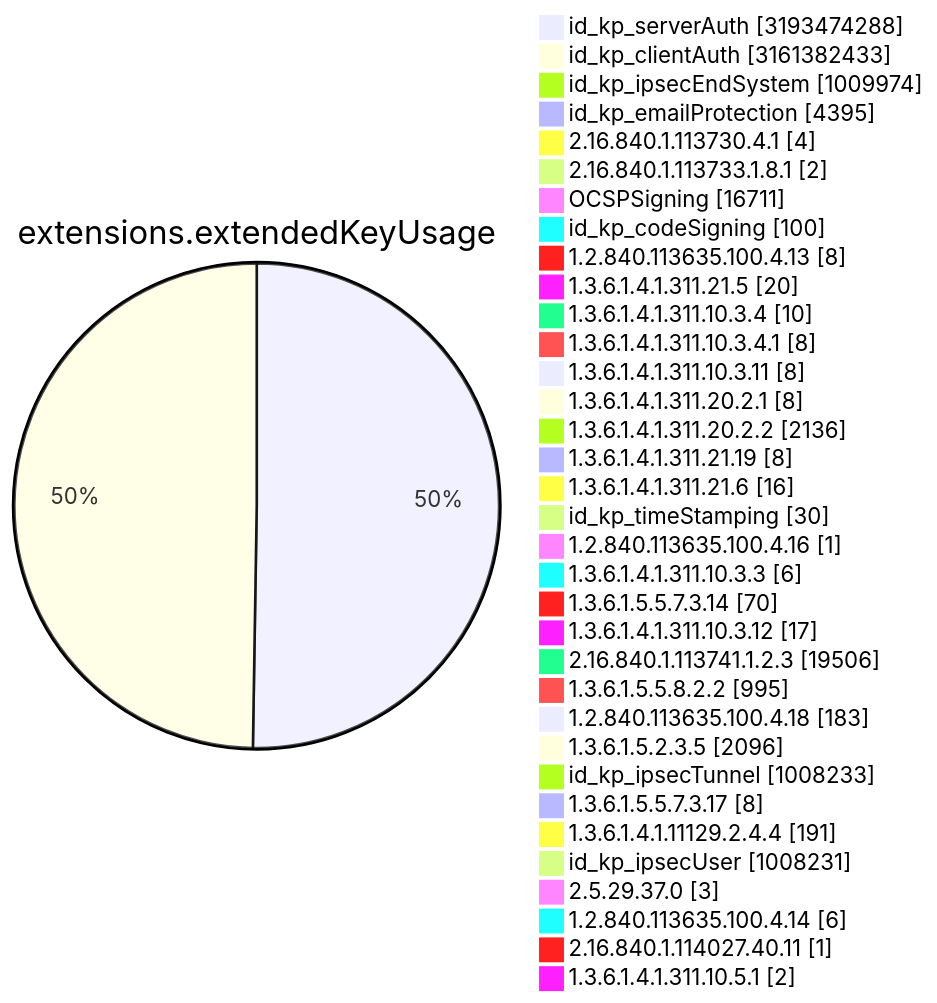
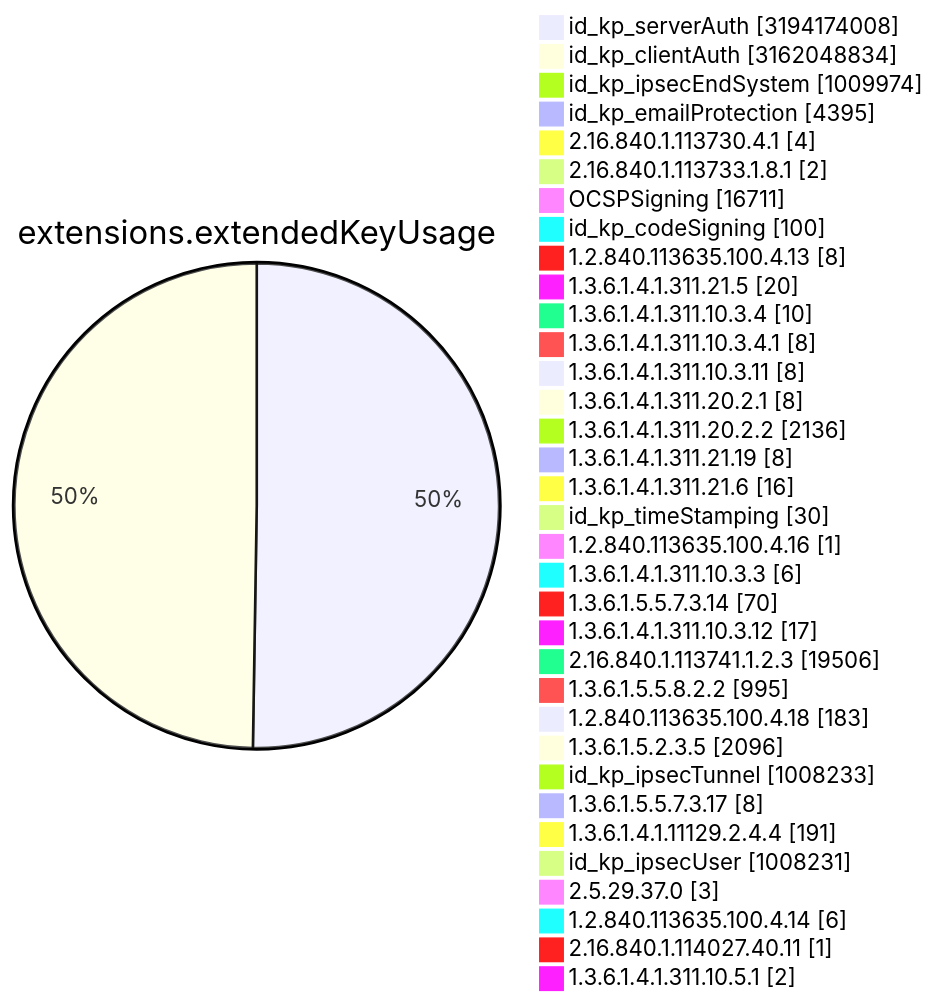
Diagram 11 of 15 in TOTAL/README.md (christiankrug/ctmonitor_visualization), drawn with Mermaid before and after one commit. The commit also changed other lines of this file, not shown here.

````diff
--- a/TOTAL/README.md
+++ b/TOTAL/README.md
@@ -4119,38 +4119,38 @@
 ```mermaid
 pie showData
 title extensions.extendedKeyUsage
-"id_kp_serverAuth" :3193474288
-"id_kp_clientAuth" :3161382433
+"id_kp_serverAuth" :3194174008
+"id_kp_clientAuth" :3162048834
 "id_kp_ipsecEndSystem" :1009974
 "id_kp_emailProtection" :4395
 "2.16.840.1.113730.4.1" :4
 "2.16.840.1.113733.1.8.1" :2
 "OCSPSigning" :16711
 "id_kp_codeSigning" :100
 "1.2.840.113635.100.4.13" :8
 "1.3.6.1.4.1.311.21.5" :20
 "1.3.6.1.4.1.311.10.3.4" :10
 "1.3.6.1.4.1.311.10.3.4.1" :8
 "1.3.6.1.4.1.311.10.3.11" :8
 "1.3.6.1.4.1.311.20.2.1" :8
 "1.3.6.1.4.1.311.20.2.2" :2136
 "1.3.6.1.4.1.311.21.19" :8
 "1.3.6.1.4.1.311.21.6" :16
 "id_kp_timeStamping" :30
 "1.2.840.113635.100.4.16" :1
 "1.3.6.1.4.1.311.10.3.3" :6
 "1.3.6.1.5.5.7.3.14" :70
 "1.3.6.1.4.1.311.10.3.12" :17
 "2.16.840.1.113741.1.2.3" :19506
 "1.3.6.1.5.5.8.2.2" :995
 "1.2.840.113635.100.4.18" :183
 "1.3.6.1.5.2.3.5" :2096
 "id_kp_ipsecTunnel" :1008233
 "1.3.6.1.5.5.7.3.17" :8
 "1.3.6.1.4.1.11129.2.4.4" :191
 "id_kp_ipsecUser" :1008231
 "2.5.29.37.0" :3
 "1.2.840.113635.100.4.14" :6
 "2.16.840.1.114027.40.11" :1
 "1.3.6.1.4.1.311.10.5.1" :2
 ```
````
